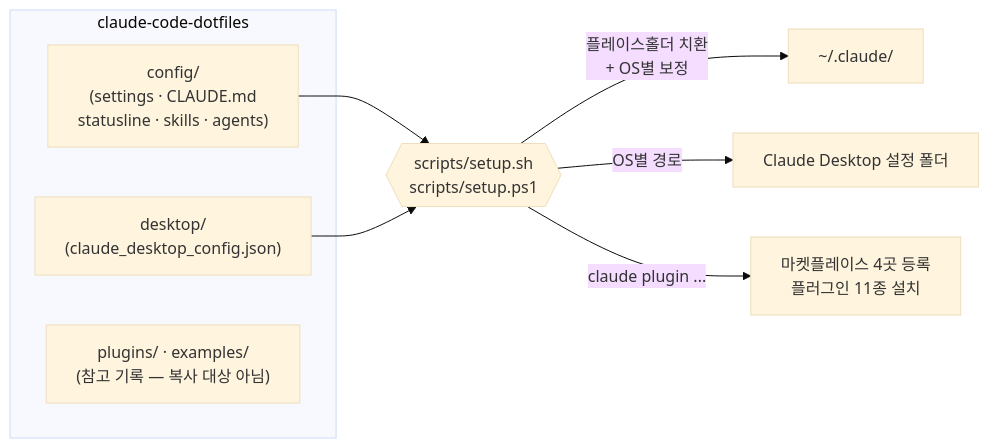
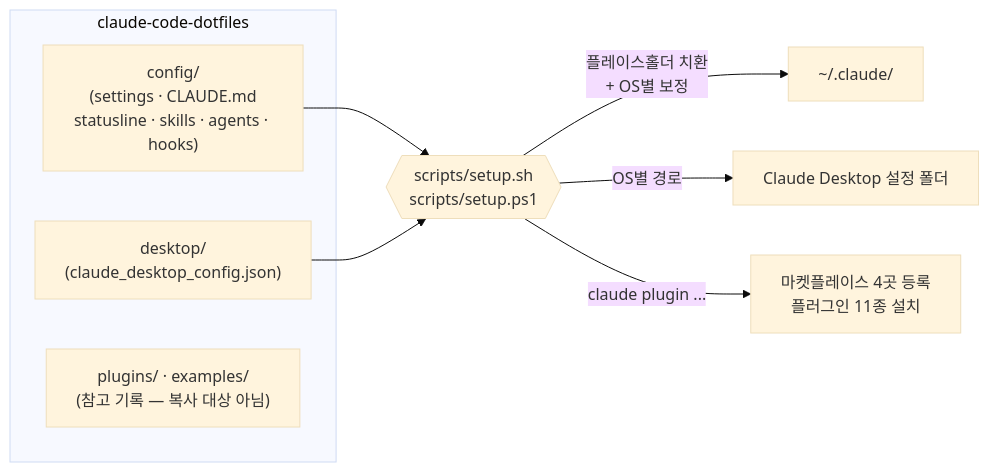
Before and after one commit to jelitz/claude-code-dotfiles: the diagram in README.md, drawn with Mermaid (base theme). The commit also changed other lines of this file and 22 other files, not shown here.

````diff
--- a/README.md
+++ b/README.md
@@ -23,14 +23,14 @@
 ```mermaid
 flowchart LR
     subgraph repo["claude-code-dotfiles"]
-        CFG["config/<br/>(settings · CLAUDE.md<br/>statusline · skills · agents)"]
+        CFG["config/<br/>(settings · CLAUDE.md<br/>statusline · skills · agents · hooks)"]
         DSK["desktop/<br/>(claude_desktop_config.json)"]
         REF["plugins/ · examples/<br/>(참고 기록 — 복사 대상 아님)"]
     end
     SETUP{{"scripts/setup.sh<br/>scripts/setup.ps1"}}
     CFG --> SETUP
     DSK --> SETUP
     SETUP -->|"플레이스홀더 치환<br/>+ OS별 보정"| HOME["~/.claude/"]
     SETUP -->|"OS별 경로"| DESKTOP["Claude Desktop 설정 폴더"]
     SETUP -->|"claude plugin ..."| PLG["마켓플레이스 4곳 등록<br/>플러그인 11종 설치"]
 ```
````
